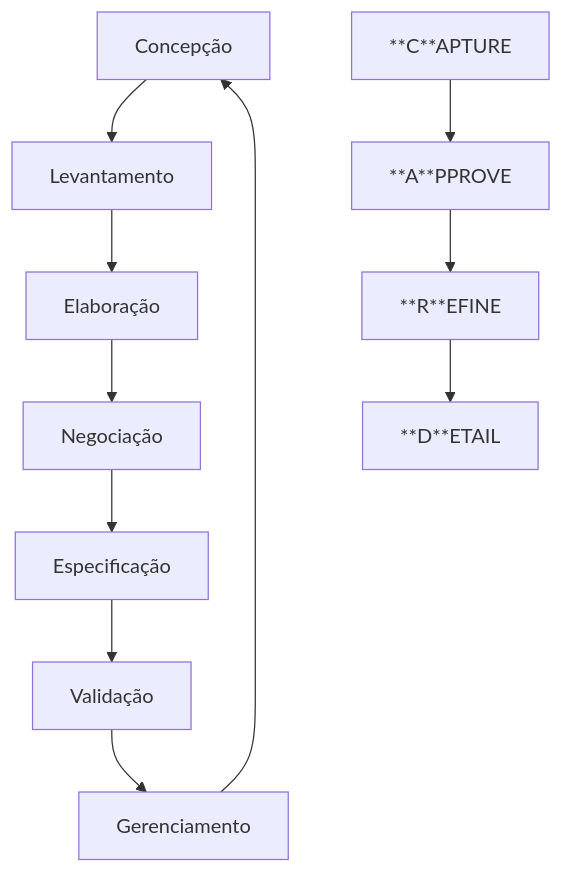
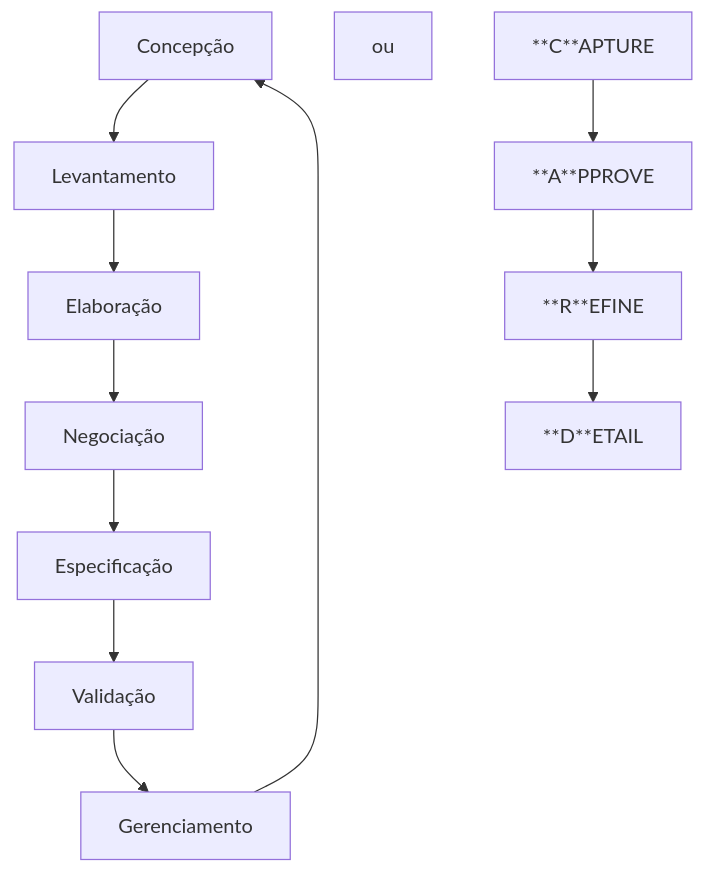
The diagram in Engenharia e Requisitos de Software/aula_07 02.04.md (vanessacezarn/3_Semestre), drawn with Mermaid before and after one commit. The commit also changed other lines of this file, not shown here.

Commit message:
Update aula_07 02.04.md

````diff
--- a/Engenharia e Requisitos de Software/aula_07 02.04.md
+++ b/Engenharia e Requisitos de Software/aula_07 02.04.md
@@ -2,15 +2,15 @@
 ```mermaid
 graph TD;
     Concepção --> Levantamento;
     Levantamento --> Elaboração;
     Elaboração --> Negociação;
     Negociação --> Especificação;
     Especificação --> Validação;
     Validação --> Gerenciamento;
     Gerenciamento --> Concepção;
-
+             ou 
     **C**APTURE-->**A**PPROVE
     **A**PPROVE-->**R**EFINE
     **R**EFINE-->**D**ETAIL
     
 ```
````
